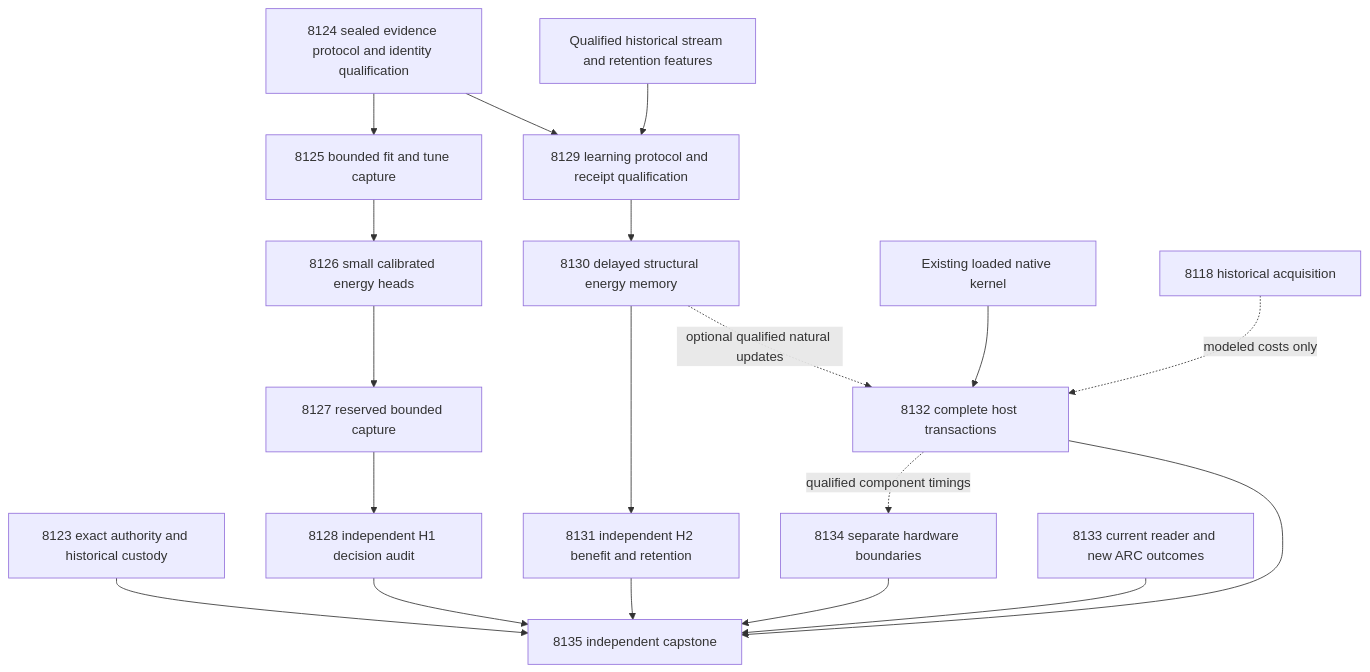
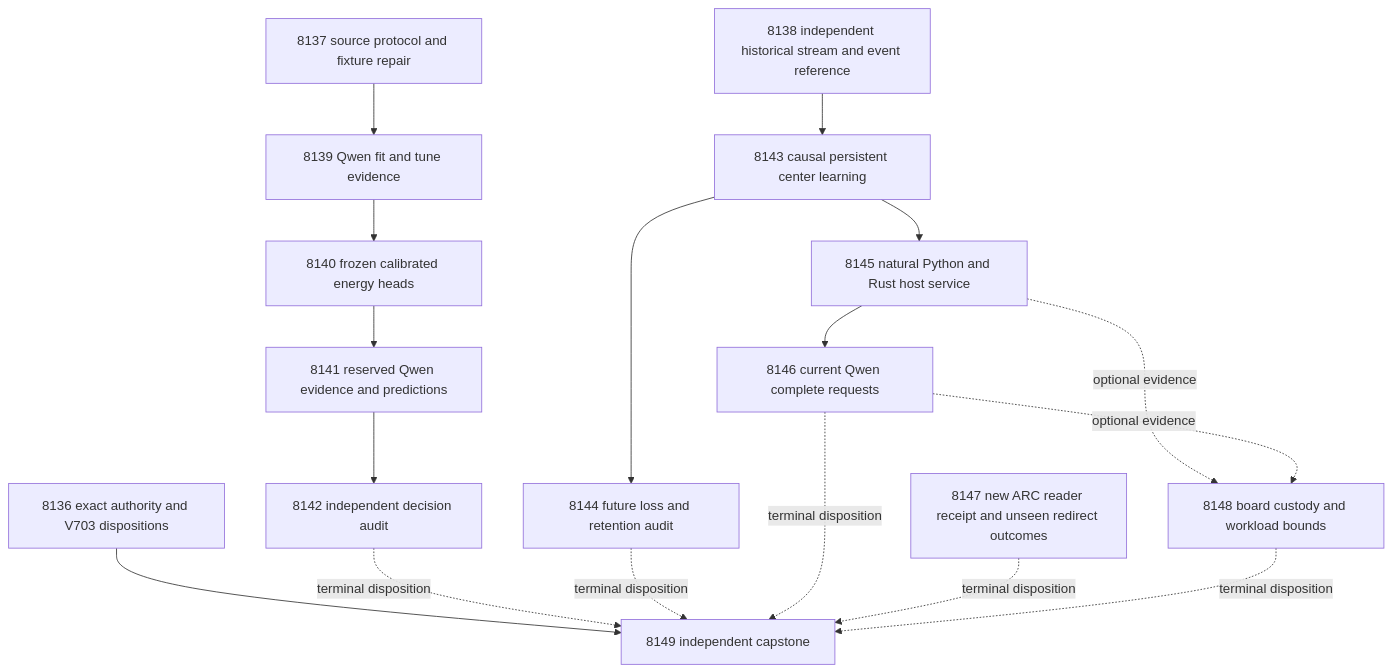
Before and after one commit to Carnot-EBM/carnot-ebm: the diagram in openspec/change-proposals/research-roadmap-vNEXT.md, drawn with Mermaid. The commit also changed other lines of this file and 16 other files, not shown here.

````diff
--- a/openspec/change-proposals/research-roadmap-vNEXT.md
+++ b/openspec/change-proposals/research-roadmap-vNEXT.md
@@ -84,21 +88,24 @@
 ```mermaid
 flowchart TD
-  C[8123 exact authority and historical custody] --> Z[8135 independent capstone]
-  M[8124 sealed evidence protocol and identity qualification] --> F[8125 bounded fit and tune capture]
-  F --> E[8126 small calibrated energy heads]
-  E --> V[8127 reserved bounded capture]
-  V --> A[8128 independent H1 decision audit]
-  M --> Q[8129 learning protocol and receipt qualification]
-  H[Qualified historical stream and retention features] --> Q
-  Q --> L[8130 delayed structural energy memory]
-  L --> R[8131 independent H2 benefit and retention]
-  N[Existing loaded native kernel] --> S[8132 complete host transactions]
-  L -. optional qualified natural updates .-> S
-  O[8118 historical acquisition] -. modeled costs only .-> S
-  S -. qualified component timings .-> B[8134 separate hardware boundaries]
-  U[8133 current reader and new ARC outcomes] --> Z
-  A --> Z
-  R --> Z
-  S --> Z
-  B --> Z
+    A[8136 exact authority and V703 dispositions]
+    B[8137 source protocol and fixture repair]
+    C[8138 independent historical stream and event reference]
+    B --> D[8139 Qwen fit and tune evidence]
+    D --> E[8140 frozen calibrated energy heads]
+    E --> F[8141 reserved Qwen evidence and predictions]
+    F --> G[8142 independent decision audit]
+    C --> H[8143 causal persistent center learning]
+    H --> I[8144 future loss and retention audit]
+    H --> J[8145 natural Python and Rust host service]
+    J --> K[8146 current Qwen complete requests]
+    L[8147 new ARC reader receipt and unseen redirect outcomes]
+    M[8148 board custody and workload bounds]
+    J -. optional evidence .-> M
+    K -. optional evidence .-> M
+    A --> N[8149 independent capstone]
+    G -. terminal disposition .-> N
+    I -. terminal disposition .-> N
+    K -. terminal disposition .-> N
+    L -. terminal disposition .-> N
+    M -. terminal disposition .-> N
 ```
````
